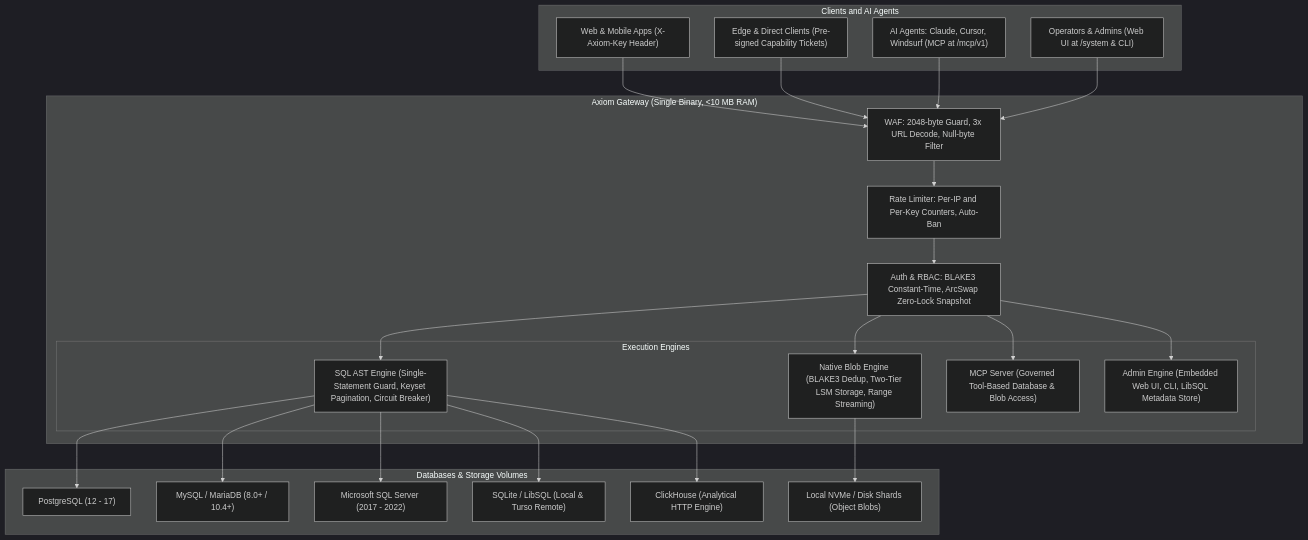
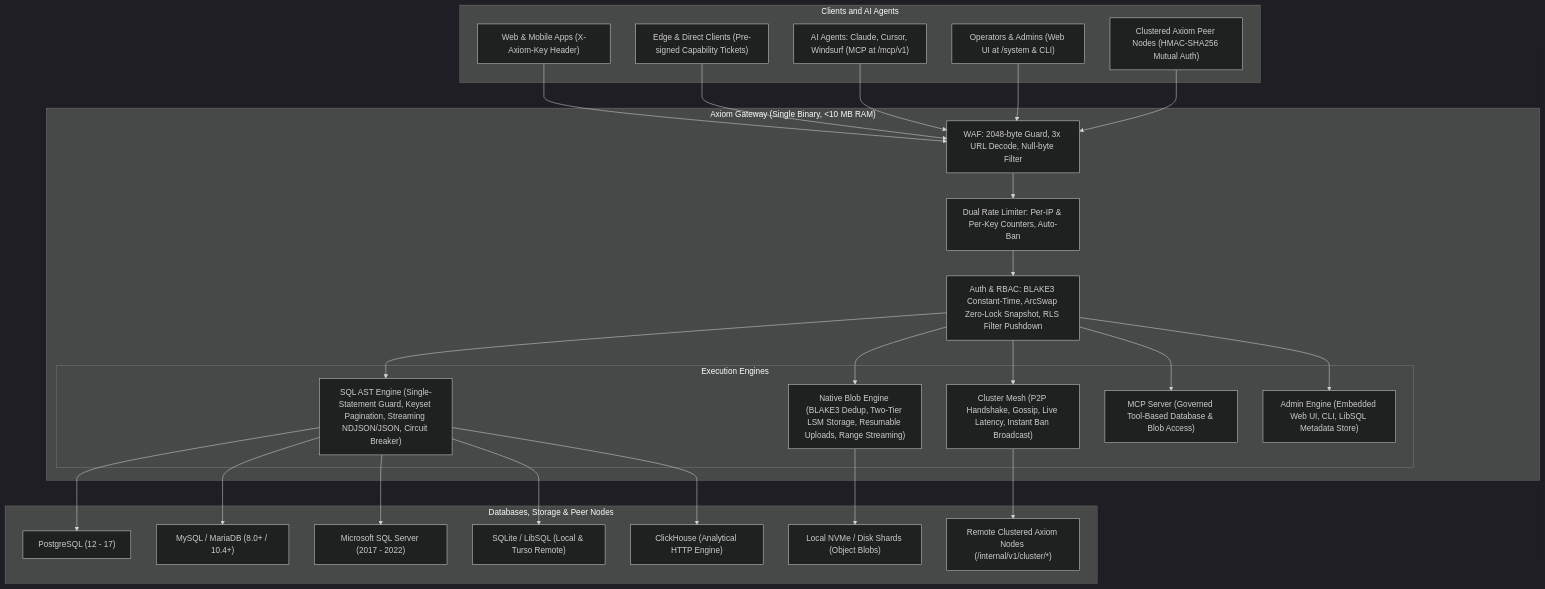
The first of 4 diagrams in README.md (toxichome-whoami/axiom), drawn with Mermaid (dark theme) before and after one commit. The commit also changed other lines of this file and 2 other files, not shown here.

````diff
--- a/README.md
+++ b/README.md
@@ -37,49 +38,55 @@
 ```mermaid
 flowchart TD
     subgraph Clients["Clients and AI Agents"]
         C1["Web & Mobile Apps (X-Axiom-Key Header)"]
         C2["Edge & Direct Clients (Pre-signed Capability Tickets)"]
         C3["AI Agents: Claude, Cursor, Windsurf (MCP at /mcp/v1)"]
         C4["Operators & Admins (Web UI at /system & CLI)"]
+        C5["Clustered Axiom Peer Nodes (HMAC-SHA256 Mutual Auth)"]
     end
 
     subgraph Axiom["Axiom Gateway (Single Binary, <10 MB RAM)"]
         WAF["WAF: 2048-byte Guard, 3x URL Decode, Null-byte Filter"]
-        RL["Rate Limiter: Per-IP and Per-Key Counters, Auto-Ban"]
-        AUTH["Auth & RBAC: BLAKE3 Constant-Time, ArcSwap Zero-Lock Snapshot"]
+        RL["Dual Rate Limiter: Per-IP & Per-Key Counters, Auto-Ban"]
+        AUTH["Auth & RBAC: BLAKE3 Constant-Time, ArcSwap Zero-Lock Snapshot, RLS Filter Pushdown"]
 
         subgraph Core["Execution Engines"]
-            SQL["SQL AST Engine (Single-Statement Guard, Keyset Pagination, Circuit Breaker)"]
-            BLOB["Native Blob Engine (BLAKE3 Dedup, Two-Tier LSM Storage, Range Streaming)"]
+            SQL["SQL AST Engine (Single-Statement Guard, Keyset Pagination, Streaming NDJSON/JSON, Circuit Breaker)"]
+            BLOB["Native Blob Engine (BLAKE3 Dedup, Two-Tier LSM Storage, Resumable Uploads, Range Streaming)"]
+            CLUSTER["Cluster Mesh (P2P Handshake, Gossip, Live Latency, Instant Ban Broadcast)"]
             MCP["MCP Server (Governed Tool-Based Database & Blob Access)"]
             ADMIN["Admin Engine (Embedded Web UI, CLI, LibSQL Metadata Store)"]
         end
 
         WAF --> RL --> AUTH
         AUTH --> SQL
         AUTH --> BLOB
+        AUTH --> CLUSTER
         AUTH --> MCP
         AUTH --> ADMIN
     end
 
-    subgraph Upstream["Databases & Storage Volumes"]
+    subgraph Upstream["Databases, Storage & Peer Nodes"]
         DB1["PostgreSQL (12 - 17)"]
         DB2["MySQL / MariaDB (8.0+ / 10.4+)"]
         DB3["Microsoft SQL Server (2017 - 2022)"]
         DB4["SQLite / LibSQL (Local & Turso Remote)"]
         DB5["ClickHouse (Analytical HTTP Engine)"]
         DISK["Local NVMe / Disk Shards (Object Blobs)"]
+        PEERS["Remote Clustered Axiom Nodes (/internal/v1/cluster/*)"]
     end
 
     C1 --> WAF
     C2 --> WAF
     C3 --> WAF
     C4 --> WAF
+    C5 --> WAF
 
     SQL --> DB1
     SQL --> DB2
     SQL --> DB3
     SQL --> DB4
     SQL --> DB5
     BLOB --> DISK
+    CLUSTER --> PEERS
 ```
````
